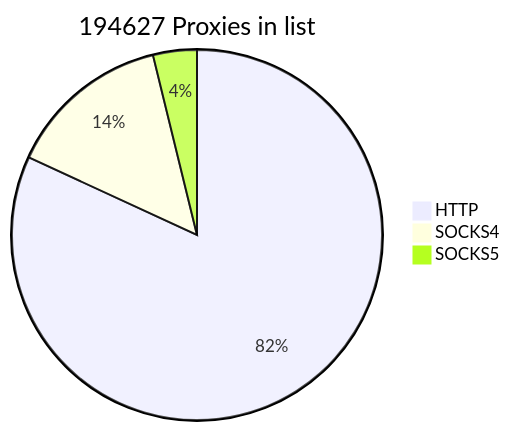
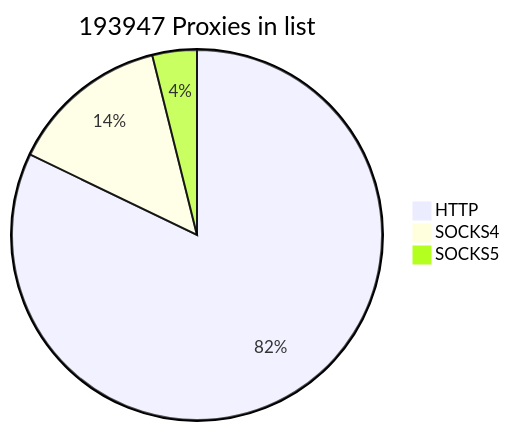
One commit to cutipu/proxylist changed the first of 2 diagrams in README.md. Above: the diagram before and after it, drawn with Mermaid. The commit also changed other lines of this file, not shown here.

````diff
--- a/README.md
+++ b/README.md
@@ -2,7 +2,7 @@
 ```mermaid
-pie title 194627 Proxies in list
-    "HTTP" : 159367
-    "SOCKS4" : 27821
-    "SOCKS5" : 7439
+pie title 193947 Proxies in list
+    "HTTP" : 159339
+    "SOCKS4" : 27076
+    "SOCKS5" : 7532
             
 ```
````
